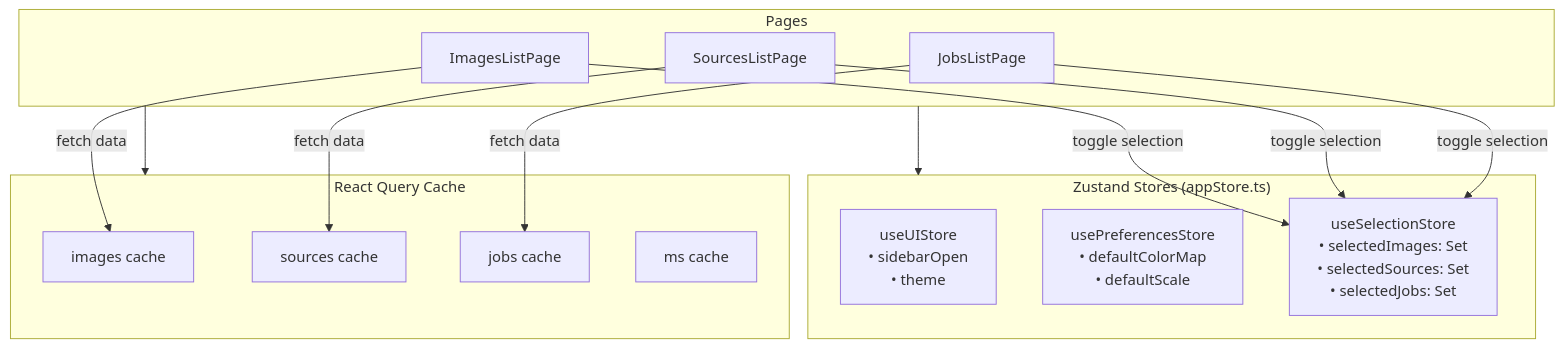
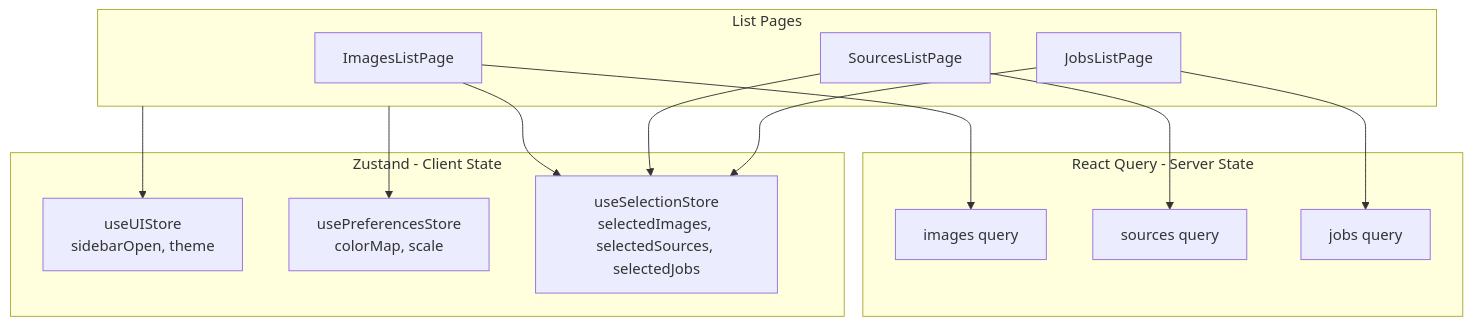
Before and after one commit to dsa110/dsa110-contimg: the seventh of 8 diagrams in frontend/docs/ARCHITECTURE.md, drawn with Mermaid. The commit also changed other lines of this file and 1 other file, not shown here.

````diff
--- a/frontend/docs/ARCHITECTURE.md
+++ b/frontend/docs/ARCHITECTURE.md
@@ -297,32 +248,31 @@
 ```mermaid
 flowchart TB
-    subgraph Zustand["Zustand Stores (appStore.ts)"]
-        UI["useUIStore<br/>• sidebarOpen<br/>• theme"]
-        Pref["usePreferencesStore<br/>• defaultColorMap<br/>• defaultScale"]
-        Sel["useSelectionStore<br/>• selectedImages: Set<br/>• selectedSources: Set<br/>• selectedJobs: Set"]
+    subgraph ReactQuery["React Query - Server State"]
+        IQ["images query"]
+        SQ["sources query"]
+        JQ["jobs query"]
     end
-    
-    subgraph RQ["React Query Cache"]
-        IC2["images cache"]
-        SC2["sources cache"]
-        JC["jobs cache"]
-        MC["ms cache"]
+
+    subgraph Zustand["Zustand - Client State"]
+        UI["useUIStore<br/>sidebarOpen, theme"]
+        Pref["usePreferencesStore<br/>colorMap, scale"]
+        Sel["useSelectionStore<br/>selectedImages, selectedSources, selectedJobs"]
     end
-    
-    subgraph Pages
-        ILP2["ImagesListPage"]
-        SLP2["SourcesListPage"]
-        JLP2["JobsListPage"]
+
+    subgraph Pages["List Pages"]
+        ILP["ImagesListPage"]
+        SLP["SourcesListPage"]
+        JLP["JobsListPage"]
     end
-    
-    Pages --> Zustand
-    Pages --> RQ
-    
-    ILP2 -->|"toggle selection"| Sel
-    SLP2 -->|"toggle selection"| Sel
-    JLP2 -->|"toggle selection"| Sel
-    
-    ILP2 -->|"fetch data"| IC2
-    SLP2 -->|"fetch data"| SC2
-    JLP2 -->|"fetch data"| JC
+
+    ILP --> IQ
+    SLP --> SQ
+    JLP --> JQ
+
+    ILP --> Sel
+    SLP --> Sel
+    JLP --> Sel
+
+    Pages --> UI
+    Pages --> Pref
 ```
````
